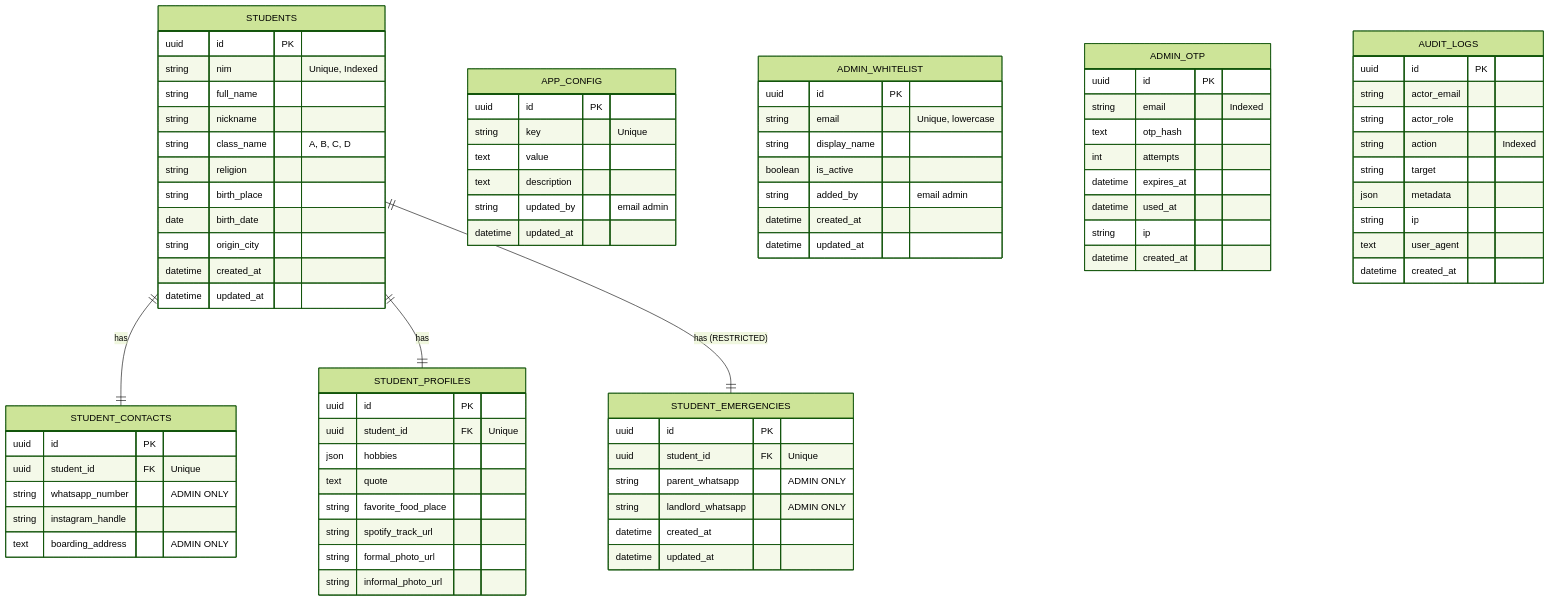
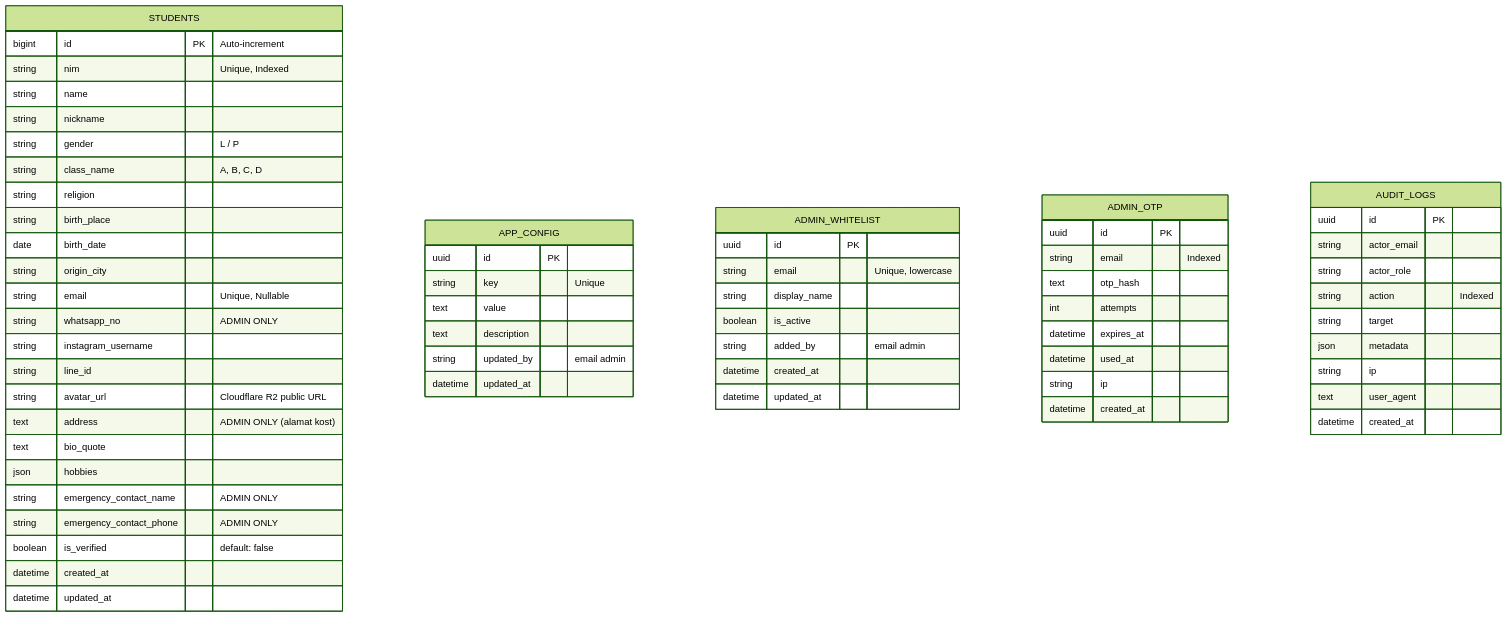
One commit to tekkom-26/buku-angkatan-tekkom-26 changed the first of 3 diagrams in docs/ARCHITECTURE.md. Above: the diagram before and after it, drawn with Mermaid (forest theme). The commit also changed other lines of this file and 6 other files, not shown here.

Commit message:
docs: database architecture change

````diff
--- a/docs/ARCHITECTURE.md
+++ b/docs/ARCHITECTURE.md
@@ -36,47 +36,27 @@
 ```mermaid
 erDiagram
-    STUDENTS ||--|| STUDENT_CONTACTS : "has"
-    STUDENTS ||--|| STUDENT_PROFILES : "has"
-    STUDENTS ||--|| STUDENT_EMERGENCIES : "has (RESTRICTED)"
-
     STUDENTS {
-        uuid id PK
+        bigint id PK "Auto-increment"
         string nim "Unique, Indexed"
-        string full_name
+        string name
         string nickname
+        string gender "L / P"
         string class_name "A, B, C, D"
         string religion
         string birth_place
         date birth_date
         string origin_city
-        datetime created_at
-        datetime updated_at
-    }
-
-    STUDENT_CONTACTS {
-        uuid id PK
-        uuid student_id FK "Unique"
-        string whatsapp_number "ADMIN ONLY"
-        string instagram_handle
-        text boarding_address "ADMIN ONLY"
-    }
-
-    STUDENT_PROFILES {
-        uuid id PK
-        uuid student_id FK "Unique"
+        string email "Unique, Nullable"
+        string whatsapp_no "ADMIN ONLY"
+        string instagram_username
+        string line_id
+        string avatar_url "Cloudflare R2 public URL"
+        text address "ADMIN ONLY (alamat kost)"
+        text bio_quote
         json hobbies
-        text quote
-        string favorite_food_place
-        string spotify_track_url
-        string formal_photo_url
-        string informal_photo_url
-    }
-
-    STUDENT_EMERGENCIES {
-        uuid id PK
-        uuid student_id FK "Unique"
-        string parent_whatsapp "ADMIN ONLY"
-        string landlord_whatsapp "ADMIN ONLY"
+        string emergency_contact_name "ADMIN ONLY"
+        string emergency_contact_phone "ADMIN ONLY"
+        boolean is_verified "default: false"
         datetime created_at
         datetime updated_at
     }
````
